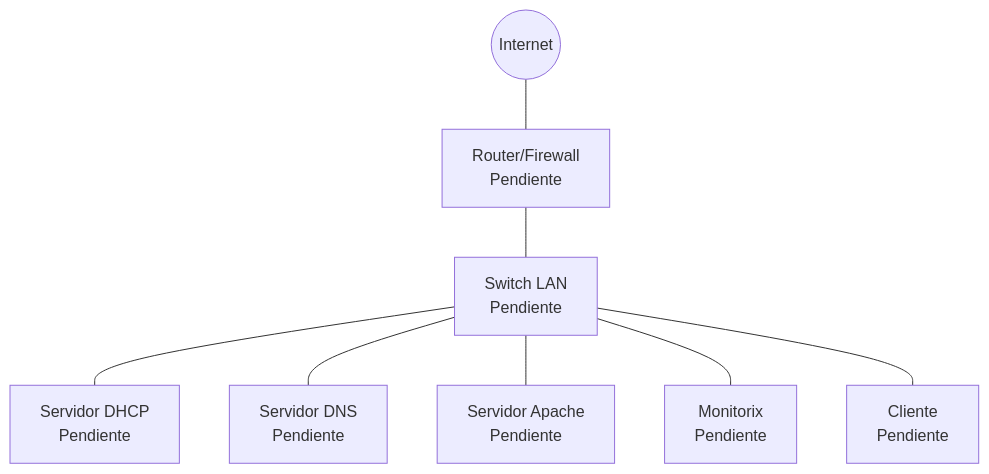
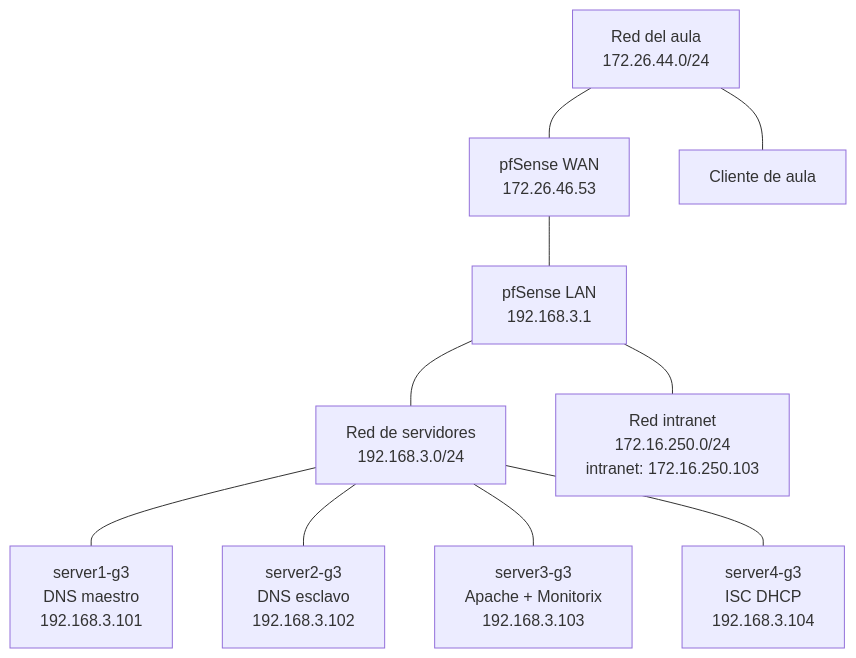
The diagram in diagramas/red.md (Merininho/Reto4-g3), drawn with Mermaid before and after one commit. The commit also changed other lines of this file, not shown here.

````diff
--- a/diagramas/red.md
+++ b/diagramas/red.md
@@ -5,19 +7,23 @@
 ```mermaid
 flowchart TB
-    Internet((Internet))
-    Router["Router/Firewall<br/>Pendiente"]
-    Switch["Switch LAN<br/>Pendiente"]
-    DHCP["Servidor DHCP<br/>Pendiente"]
-    DNS["Servidor DNS<br/>Pendiente"]
-    Web["Servidor Apache<br/>Pendiente"]
-    Monitor["Monitorix<br/>Pendiente"]
-    Client["Cliente<br/>Pendiente"]
+    Aula["Red del aula<br/>172.26.44.0/24"]
+    WAN["pfSense WAN<br/>172.26.46.53"]
+    LANFW["pfSense LAN<br/>192.168.3.1"]
+    Servidores["Red de servidores<br/>192.168.3.0/24"]
+    DNS1["server1-g3<br/>DNS maestro<br/>192.168.3.101"]
+    DNS2["server2-g3<br/>DNS esclavo<br/>192.168.3.102"]
+    WEB["server3-g3<br/>Apache + Monitorix<br/>192.168.3.103"]
+    DHCP["server4-g3<br/>ISC DHCP<br/>192.168.3.104"]
+    Intranet["Red intranet<br/>172.16.250.0/24<br/>intranet: 172.16.250.103"]
+    Cliente["Cliente de aula"]
 
-    Internet --- Router
-    Router --- Switch
-    Switch --- DHCP
-    Switch --- DNS
-    Switch --- Web
-    Switch --- Monitor
-    Switch --- Client
+    Aula --- WAN
+    WAN --- LANFW
+    LANFW --- Servidores
+    Servidores --- DNS1
+    Servidores --- DNS2
+    Servidores --- WEB
+    Servidores --- DHCP
+    Aula --- Cliente
+    LANFW --- Intranet
 ```
````
